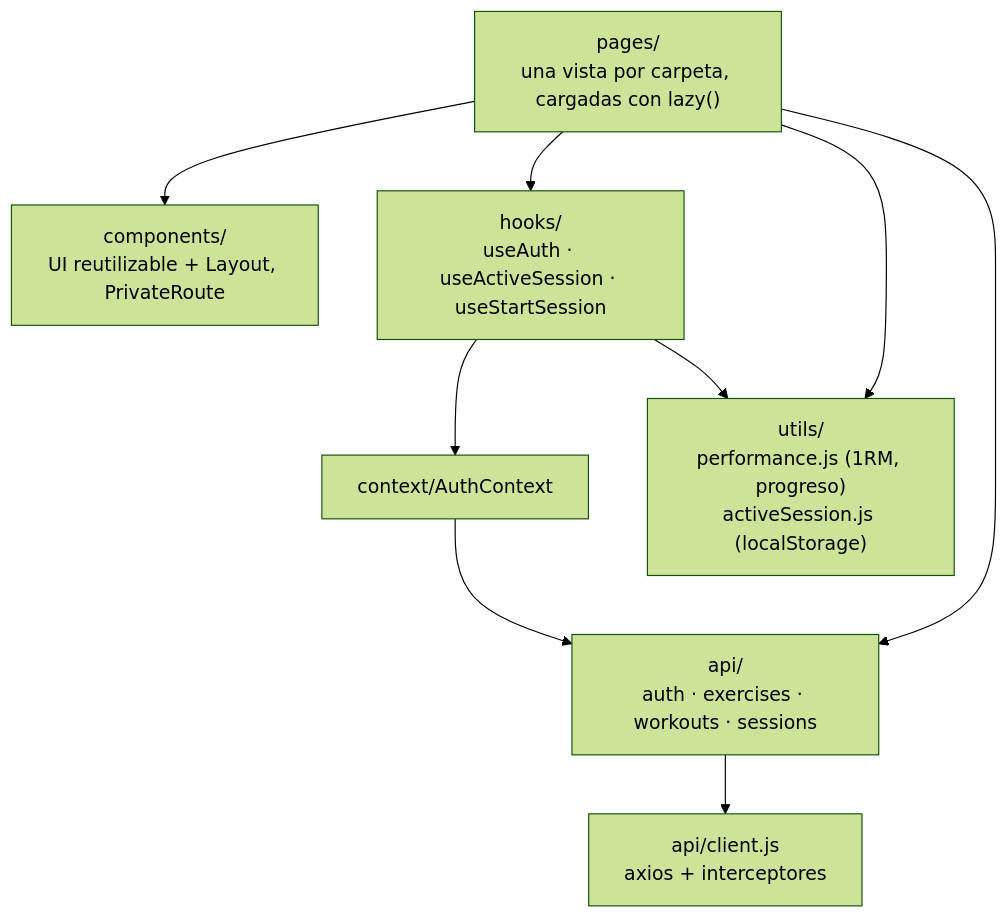
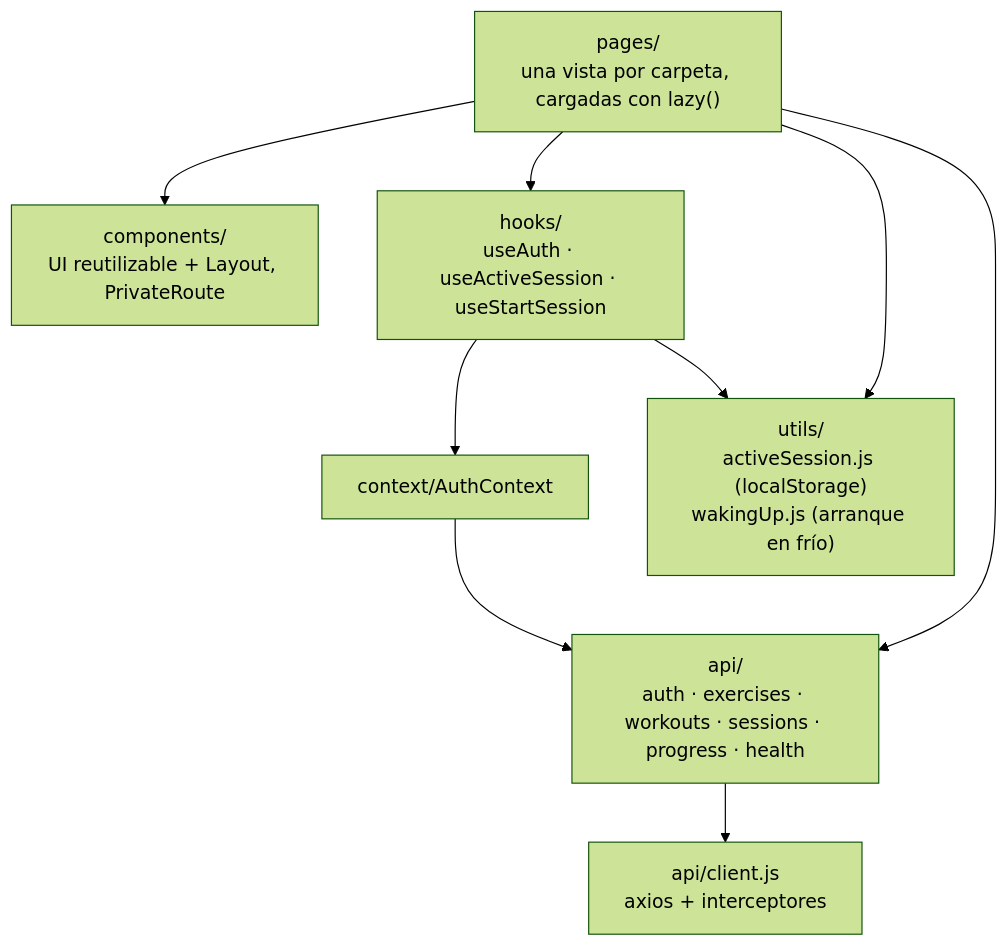
One commit to daviddhernandez2/yieldfit changed the fourth of 6 diagrams in docs/arquitectura.md. Above: the diagram before and after it, drawn with Mermaid (forest theme). The commit also changed other lines of this file and 5 other files, not shown here.

````diff
--- a/docs/arquitectura.md
+++ b/docs/arquitectura.md
@@ -109,19 +111,19 @@
 ```mermaid
 flowchart TB
     P["pages/<br/>una vista por carpeta, cargadas con lazy()"]
     CO["components/<br/>UI reutilizable + Layout, PrivateRoute"]
     H["hooks/<br/>useAuth · useActiveSession · useStartSession"]
     CTX["context/AuthContext"]
-    U["utils/<br/>performance.js (1RM, progreso)<br/>activeSession.js (localStorage)"]
-    API["api/<br/>auth · exercises · workouts · sessions"]
+    U["utils/<br/>activeSession.js (localStorage)<br/>wakingUp.js (arranque en frío)"]
+    API["api/<br/>auth · exercises · workouts · sessions · progress · health"]
     AX["api/client.js<br/>axios + interceptores"]
 
     P --> CO
     P --> H
     H --> CTX
     H --> U
     P --> U
     CTX --> API
     P --> API
     API --> AX
 ```
````
